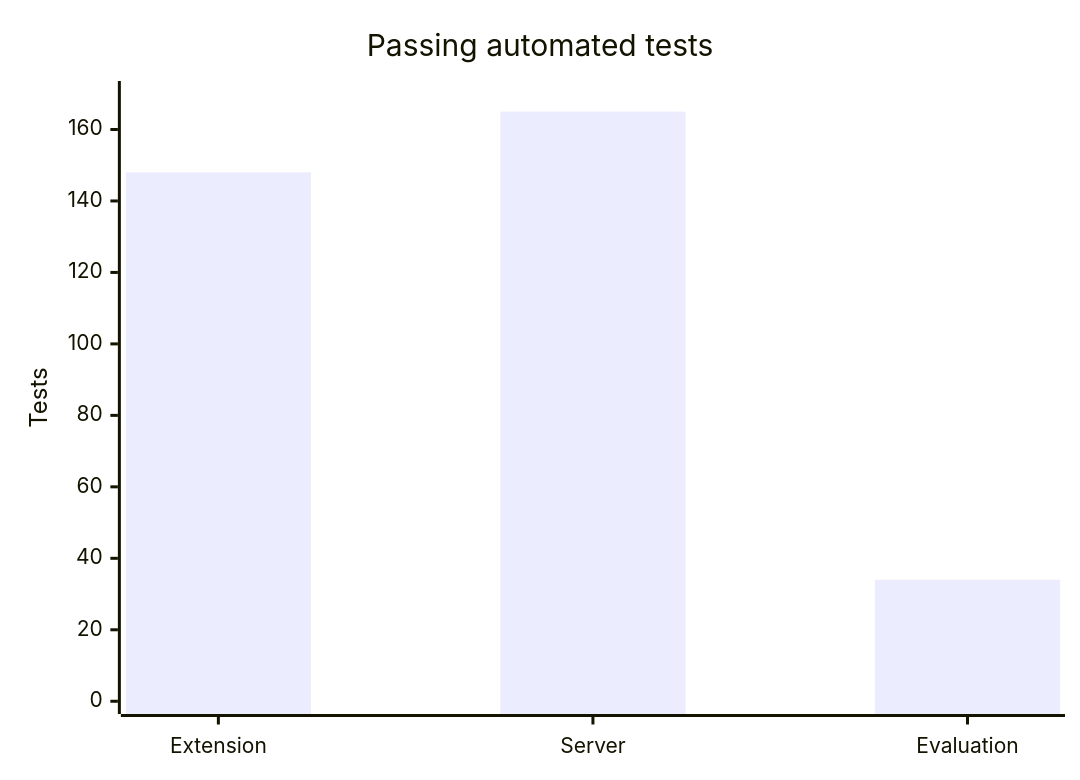
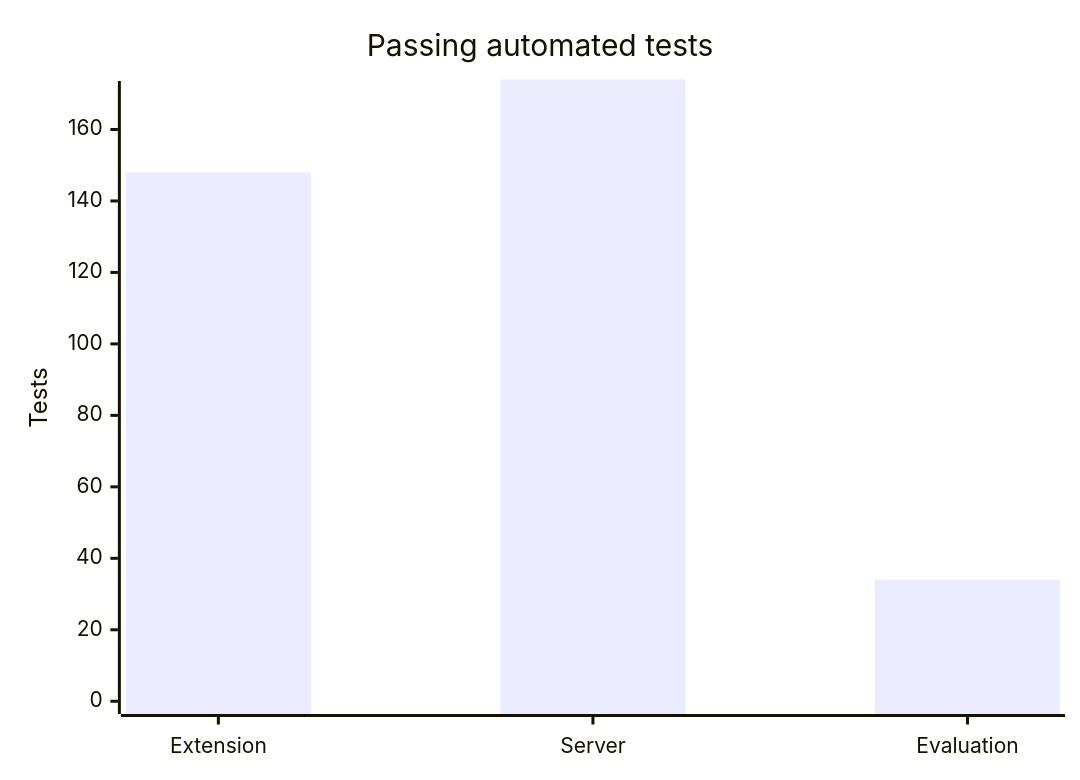
One commit to Rohinth-S/NAYAN changed the second of 3 diagrams in VALIDATION_REPORT.md. Above: the diagram before and after it, drawn with Mermaid. The commit also changed other lines of this file and 8 other files, not shown here.

````diff
--- a/VALIDATION_REPORT.md
+++ b/VALIDATION_REPORT.md
@@ -50,7 +50,7 @@
 ```mermaid
 xychart-beta
     title "Passing automated tests"
     x-axis ["Extension", "Server", "Evaluation"]
     y-axis "Tests" 0 --> 170
-    bar [148, 165, 34]
+    bar [148, 174, 34]
 ```
````
